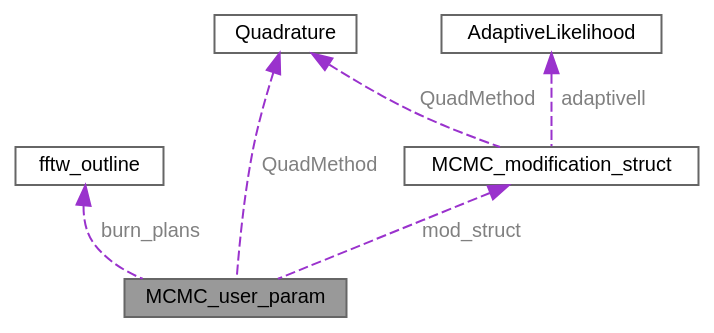
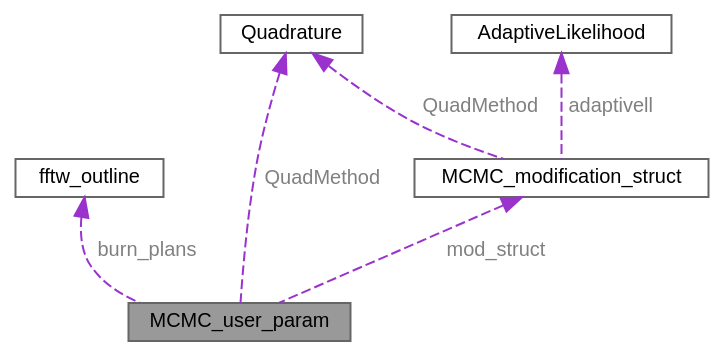
Before and after one commit to bayescollab/gw_analysis_tools: the diagram in structMCMC__user__param__coll__graph.dot, drawn with Graphviz. The commit also changed 476 other files, not shown here.

```diff
--- a/structMCMC__user__param__coll__graph.dot
+++ b/structMCMC__user__param__coll__graph.dot
@@ -1,17 +1,22 @@
 digraph "MCMC_user_param"
 {
  // LATEX_PDF_SIZE
   bgcolor="transparent";
   edge [fontname=Helvetica,fontsize=10,labelfontname=Helvetica,labelfontsize=10];
   node [fontname=Helvetica,fontsize=10,shape=box,height=0.2,width=0.4];
   Node1 [id="Node000001",label="MCMC_user_param",height=0.2,width=0.4,color="gray40", fillcolor="grey60", style="filled", fontcolor="black",tooltip=" "];
-  Node2 -> Node1 [id="edge1_Node000001_Node000002",dir="back",color="darkorchid3",style="dashed",tooltip=" ",label=" burn_plans",fontcolor="grey" ];
+  Node2 -> Node1 [id="edge1_Node000001_Node000002",dir="back",color="darkorchid3",style="dashed",tooltip=" ",label=<<TABLE CELLBORDER="0" BORDER="0"><TR><TD VALIGN="top" ALIGN="LEFT" CELLPADDING="1" CELLSPACING="0">burn_plans</TD></TR>
+</TABLE>> ,fontcolor="grey" ];
   Node2 [id="Node000002",label="fftw_outline",height=0.2,width=0.4,color="gray40", fillcolor="white", style="filled",URL="$structfftw__outline.html",tooltip=" "];
-  Node3 -> Node1 [id="edge2_Node000001_Node000003",dir="back",color="darkorchid3",style="dashed",tooltip=" ",label=" QuadMethod",fontcolor="grey" ];
+  Node3 -> Node1 [id="edge2_Node000001_Node000003",dir="back",color="darkorchid3",style="dashed",tooltip=" ",label=<<TABLE CELLBORDER="0" BORDER="0"><TR><TD VALIGN="top" ALIGN="LEFT" CELLPADDING="1" CELLSPACING="0">QuadMethod</TD></TR>
+</TABLE>> ,fontcolor="grey" ];
   Node3 [id="Node000003",label="Quadrature",height=0.2,width=0.4,color="gray40", fillcolor="white", style="filled",URL="$classQuadrature.html",tooltip="Class to evaluate integrals with established spacing and weights."];
-  Node4 -> Node1 [id="edge3_Node000001_Node000004",dir="back",color="darkorchid3",style="dashed",tooltip=" ",label=" mod_struct",fontcolor="grey" ];
+  Node4 -> Node1 [id="edge3_Node000001_Node000004",dir="back",color="darkorchid3",style="dashed",tooltip=" ",label=<<TABLE CELLBORDER="0" BORDER="0"><TR><TD VALIGN="top" ALIGN="LEFT" CELLPADDING="1" CELLSPACING="0">mod_struct</TD></TR>
+</TABLE>> ,fontcolor="grey" ];
   Node4 [id="Node000004",label="MCMC_modification_struct",height=0.2,width=0.4,color="gray40", fillcolor="white", style="filled",URL="$structMCMC__modification__struct.html",tooltip=" "];
-  Node3 -> Node4 [id="edge4_Node000004_Node000003",dir="back",color="darkorchid3",style="dashed",tooltip=" ",label=" QuadMethod",fontcolor="grey" ];
-  Node5 -> Node4 [id="edge5_Node000004_Node000005",dir="back",color="darkorchid3",style="dashed",tooltip=" ",label=" adaptivell",fontcolor="grey" ];
+  Node3 -> Node4 [id="edge4_Node000004_Node000003",dir="back",color="darkorchid3",style="dashed",tooltip=" ",label=<<TABLE CELLBORDER="0" BORDER="0"><TR><TD VALIGN="top" ALIGN="LEFT" CELLPADDING="1" CELLSPACING="0">QuadMethod</TD></TR>
+</TABLE>> ,fontcolor="grey" ];
+  Node5 -> Node4 [id="edge5_Node000004_Node000005",dir="back",color="darkorchid3",style="dashed",tooltip=" ",label=<<TABLE CELLBORDER="0" BORDER="0"><TR><TD VALIGN="top" ALIGN="LEFT" CELLPADDING="1" CELLSPACING="0">adaptivell</TD></TR>
+</TABLE>> ,fontcolor="grey" ];
   Node5 [id="Node000005",label="AdaptiveLikelihood",height=0.2,width=0.4,color="gray40", fillcolor="white", style="filled",URL="$classAdaptiveLikelihood.html",tooltip=" "];
 }
```
